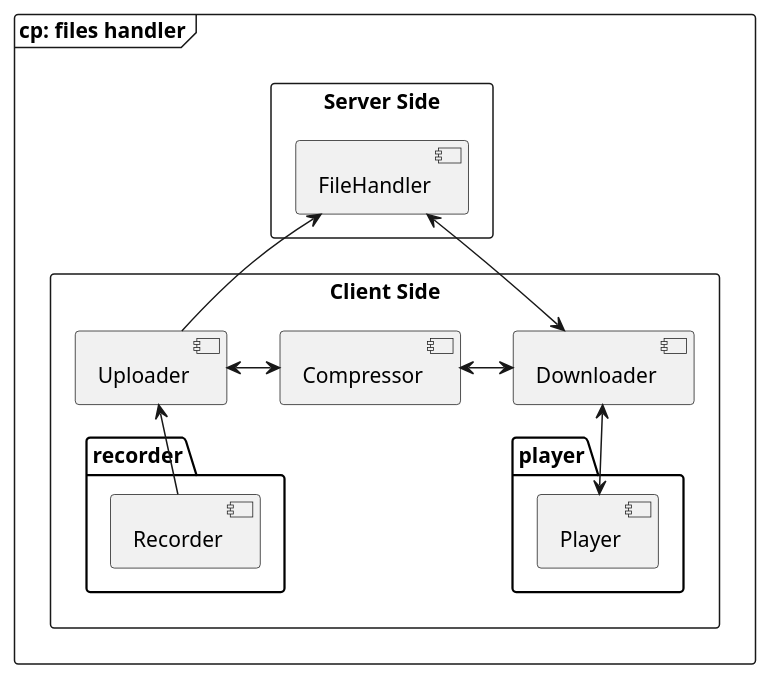
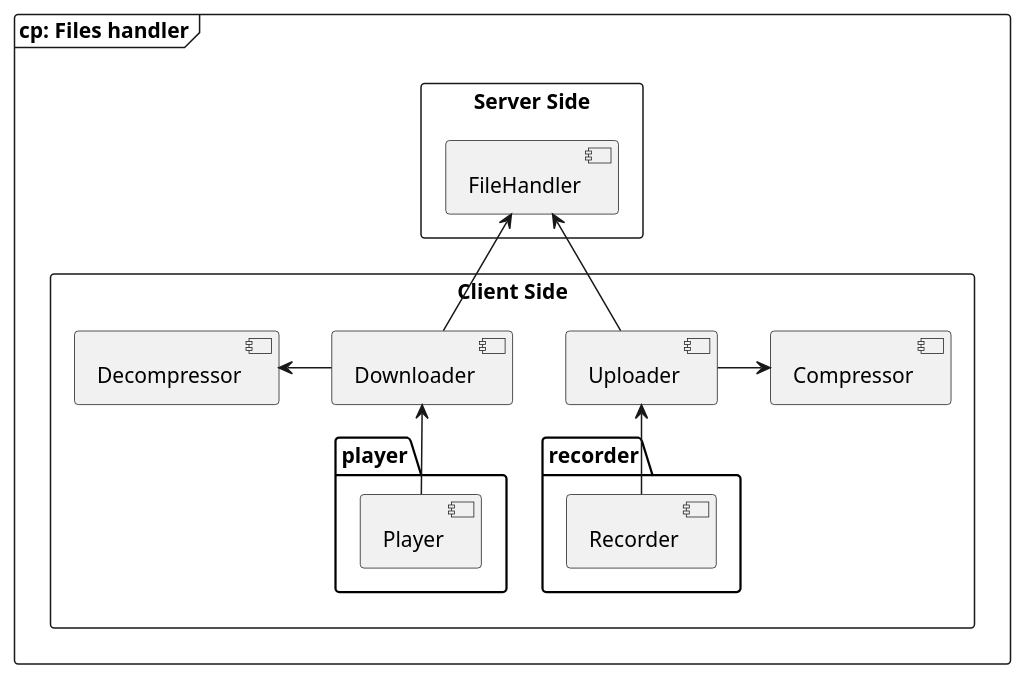
One commit to SSMM0498/arkad-conception changed the diagram in models/6.Component/1.filemanager.puml. Above: the diagram before and after it, drawn with PlantUML. The commit also changed 3 other files, not shown here.

Commit message:
fix : components diagrams arrows sens

```diff
--- a/models/6.Component/1.filemanager.puml
+++ b/models/6.Component/1.filemanager.puml
@@ -1,31 +1,30 @@
-@startuml "files handler component diagram"
+@startuml "Files Handler Component Diagram"
 skinparam shadowing false
 skinparam monochrome true
 
-frame "cp: files handler" {
+frame "cp: Files handler" {
     rectangle "Client Side"{
         [Compressor]
+        [Decompressor]
         [Uploader]
         [Downloader]
         package "recorder" {
             [Recorder]
         }
         package player {
             [Player]
         }
 
         [Recorder] -up-> [Uploader]
-        [Player] <-up-> [Downloader]
+        [Player] -up-> [Downloader]
     }
     rectangle "Server Side"{
         [FileHandler]
     }
 
-    [Uploader] <-right-> [Compressor]
-    [Downloader] <-left-> [Compressor]
+    [Uploader] -right-> [Compressor]
+    [Downloader] -left-> [Decompressor]
     [Uploader] -up-> [FileHandler]
-    [Downloader] <-up-> [FileHandler]
-
+    [Downloader] -up-> [FileHandler]
 }
-
 @enduml
```
